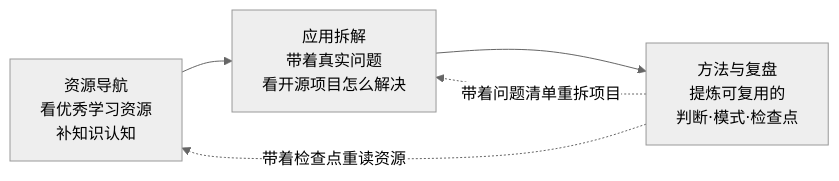
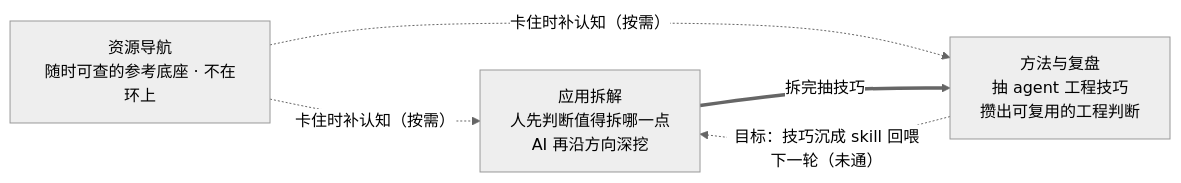
The diagram in docs/index.md (xiaomingtx12/nice-ai-agent-study-resources), drawn with Mermaid (neutral theme) before and after one commit. The commit also changed other lines of this file and 6 other files, not shown here.

````diff
--- a/docs/index.md
+++ b/docs/index.md
@@ -18,10 +18,10 @@
 ```mermaid
 flowchart LR
-  R["资源导航<br/>看优秀学习资源<br/>补知识认知"]
-  A["应用拆解<br/>带着真实问题<br/>看开源项目怎么解决"]
-  M["方法与复盘<br/>提炼可复用的<br/>判断·模式·检查点"]
-  R --> A
-  A --> M
-  M -. "带着检查点重读资源" .-> R
-  M -. "带着问题清单重拆项目" .-> A
+  R["资源导航<br/>随时可查的参考底座 · 不在环上"]
+  A["应用拆解<br/>人先判断值得拆哪一点<br/>AI 再沿方向深挖"]
+  M["方法与复盘<br/>抽 agent 工程技巧<br/>攒出可复用的工程判断"]
+  R -. "卡住时补认知（按需）" .-> A
+  R -. "卡住时补认知（按需）" .-> M
+  A == "拆完抽技巧" ==> M
+  M -. "目标：技巧沉成 skill 回喂下一轮（未通）" .-> A
 ```
````
